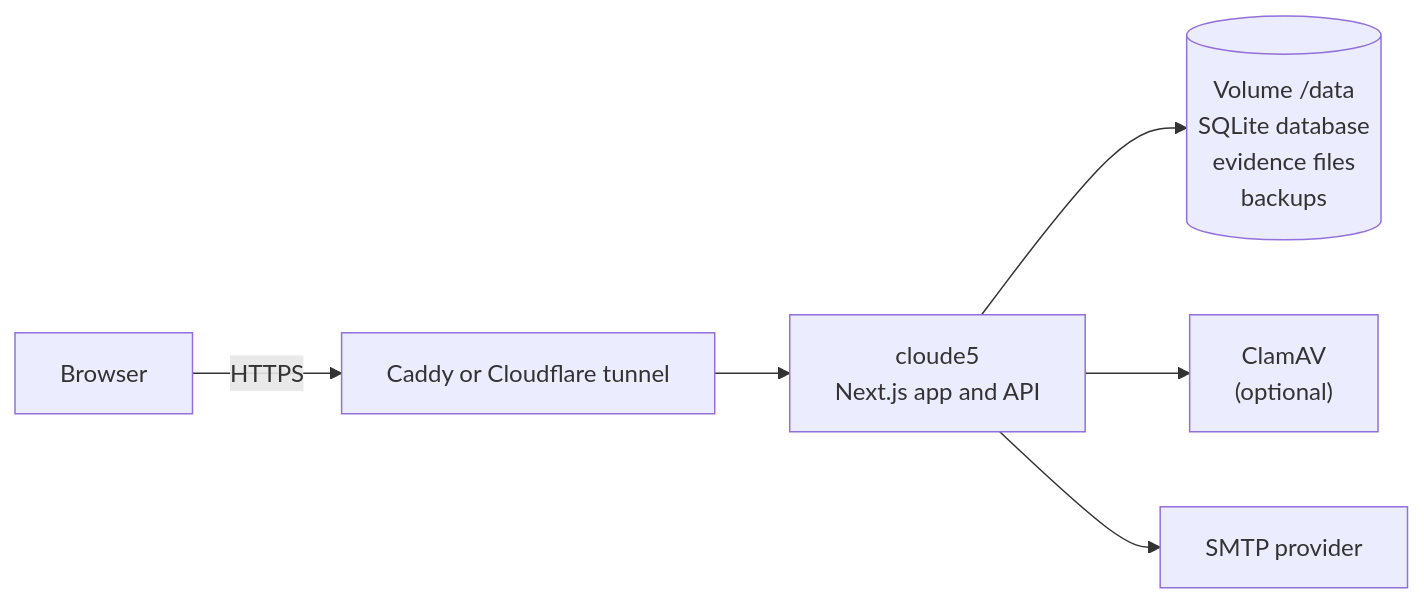
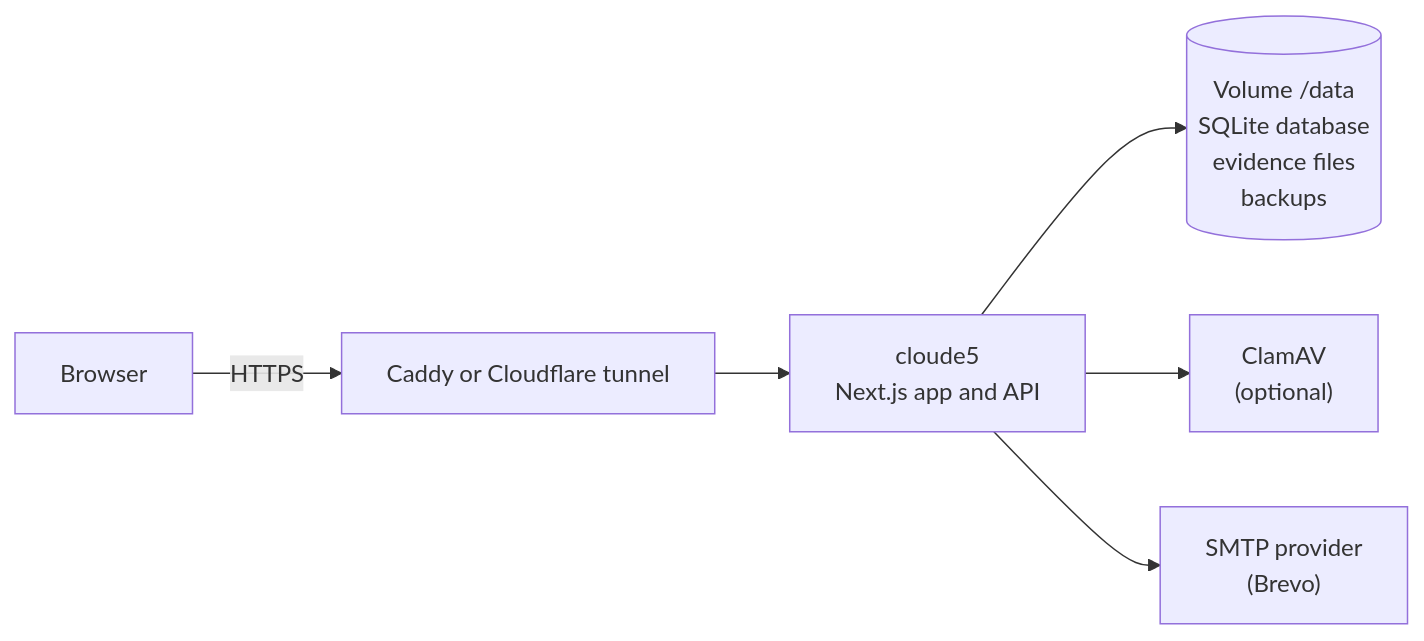
The diagram in README.md (Charan89k/DPDP-Tool), drawn with Mermaid before and after one commit. The commit also changed other lines of this file and 2 other files, not shown here.

First line of the commit message:
docs: README with the live deployment, update procedure, Brevo email and new features

````diff
--- a/README.md
+++ b/README.md
@@ -99,8 +168,8 @@
 ```mermaid
 flowchart LR
     Browser -->|HTTPS| Proxy["Caddy or Cloudflare tunnel"]
     Proxy --> App["cloude5<br/>Next.js app and API"]
     App --> Data[("Volume /data<br/>SQLite database<br/>evidence files<br/>backups")]
     App --> AV["ClamAV<br/>(optional)"]
-    App --> SMTP["SMTP provider"]
+    App --> SMTP["SMTP provider<br/>(Brevo)"]
 ```
````
